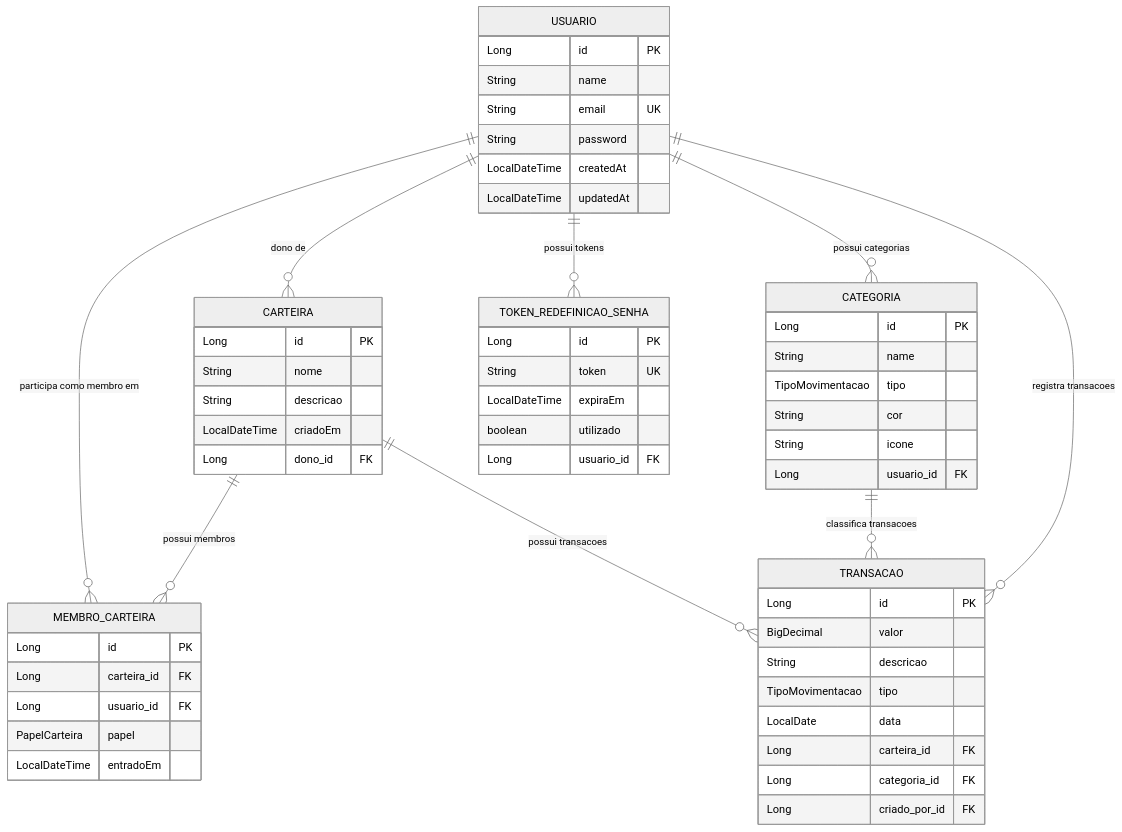
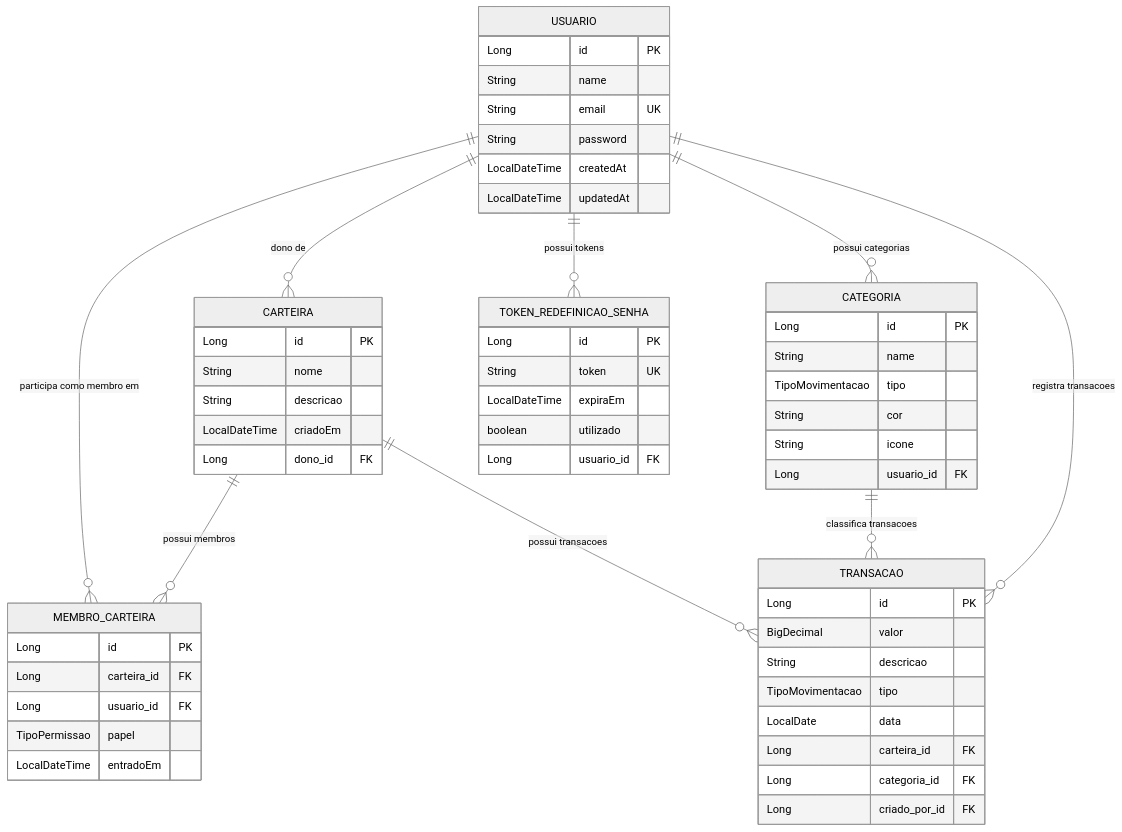
Before and after one commit to Eberle-gio/Controle-Financeiro: the diagram in README.md, drawn with Mermaid (neutral theme). The commit also changed other lines of this file and 28 other files, not shown here.

Commit message:
feat(wallet): add invitation and sharing flow

````diff
--- a/README.md
+++ b/README.md
@@ -40,64 +42,64 @@
 ```mermaid
 erDiagram
     USUARIO {
         Long id PK
         String name
         String email UK
         String password
         LocalDateTime createdAt
         LocalDateTime updatedAt
     }
 
     CARTEIRA {
         Long id PK
         String nome
         String descricao
         LocalDateTime criadoEm
         Long dono_id FK
     }
 
     MEMBRO_CARTEIRA {
         Long id PK
         Long carteira_id FK
         Long usuario_id FK
-        PapelCarteira papel
+        TipoPermissao papel
         LocalDateTime entradoEm
     }
 
     CATEGORIA {
         Long id PK
         String name
         TipoMovimentacao tipo
         String cor
         String icone
         Long usuario_id FK
     }
 
     TRANSACAO {
         Long id PK
         BigDecimal valor
         String descricao
         TipoMovimentacao tipo
         LocalDate data
         Long carteira_id FK
         Long categoria_id FK
         Long criado_por_id FK
     }
 
     TOKEN_REDEFINICAO_SENHA {
         Long id PK
         String token UK
         LocalDateTime expiraEm
         boolean utilizado
         Long usuario_id FK
     }
 
     USUARIO ||--o{ CARTEIRA : "dono de"
     USUARIO ||--o{ MEMBRO_CARTEIRA : "participa como membro em"
     CARTEIRA ||--o{ MEMBRO_CARTEIRA : "possui membros"
     USUARIO ||--o{ CATEGORIA : "possui categorias"
     CARTEIRA ||--o{ TRANSACAO : "possui transacoes"
     CATEGORIA ||--o{ TRANSACAO : "classifica transacoes"
     USUARIO ||--o{ TRANSACAO : "registra transacoes"
     USUARIO ||--o{ TOKEN_REDEFINICAO_SENHA : "possui tokens"
 ```
````
